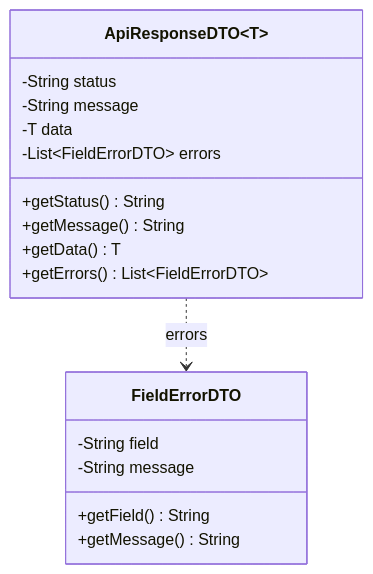
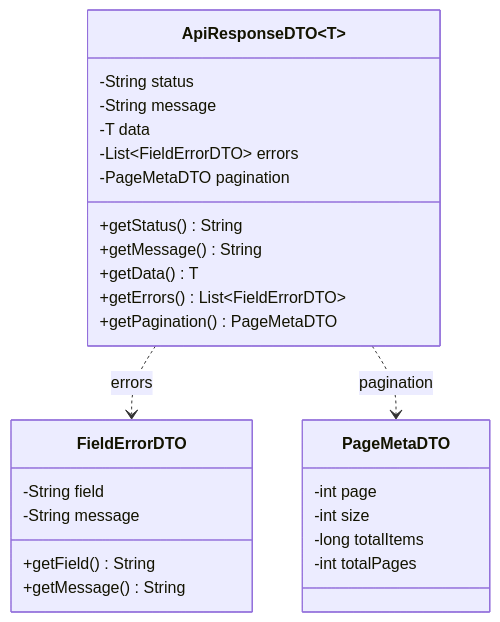
One commit to BlackyB0o/CS261_650001_group5 changed the diagram in docs/common/API-CONVENTIONS.md. Above: the diagram before and after it, drawn with Mermaid. The commit also changed other lines of this file and 1 other file, not shown here.

Commit message:
docs: added API spec, class diagrams, DTO and DAO for round search with pagination (US02)

````diff
--- a/docs/common/API-CONVENTIONS.md
+++ b/docs/common/API-CONVENTIONS.md
@@ -60,20 +72,29 @@
 ```mermaid
 classDiagram
     class ApiResponseDTO~T~ {
         -String status
         -String message
         -T data
         -List~FieldErrorDTO~ errors
+        -PageMetaDTO pagination
         +getStatus() String
         +getMessage() String
         +getData() T
         +getErrors() List~FieldErrorDTO~
+        +getPagination() PageMetaDTO
+    }
+    class PageMetaDTO {
+        -int page
+        -int size
+        -long totalItems
+        -int totalPages
     }
     class FieldErrorDTO {
         -String field
         -String message
         +getField() String
         +getMessage() String
     }
     ApiResponseDTO ..> FieldErrorDTO : errors
+    ApiResponseDTO ..> PageMetaDTO : pagination
 ```
````
